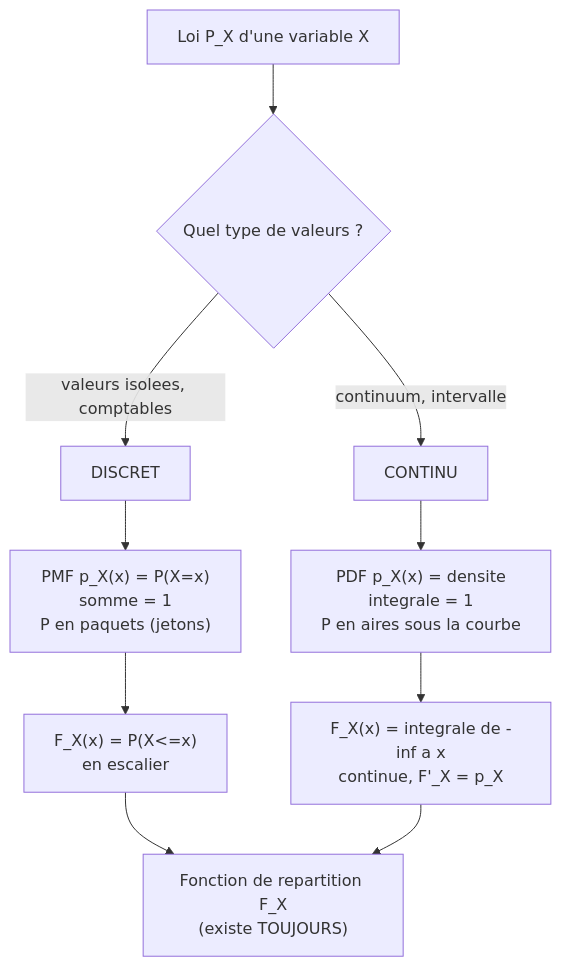
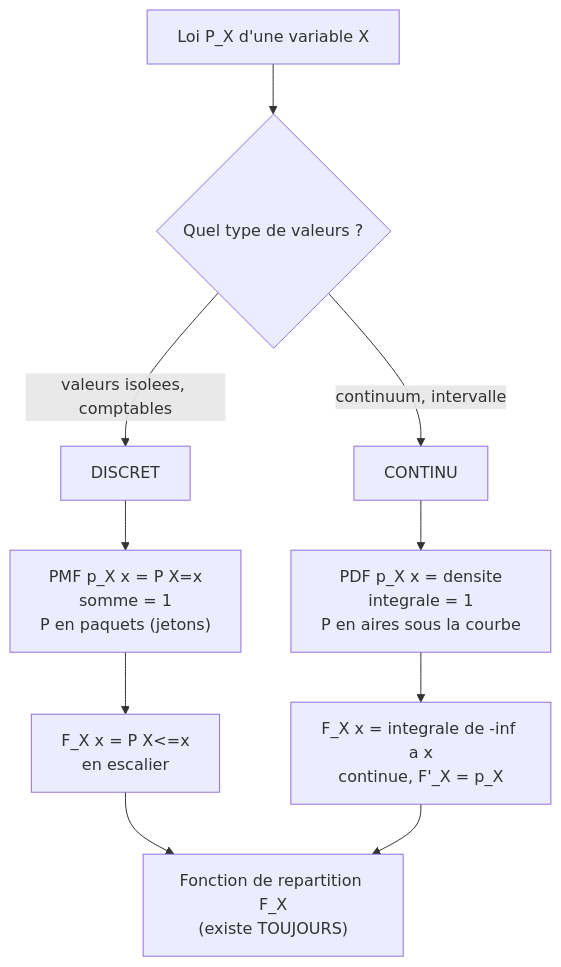
Before and after one commit to tanguychenier/Mathematiques-pour-le-Machine-Learning: the diagram in chapitres/06-probabilites-et-distributions.md, drawn with Mermaid. The commit also changed 6 other files, not shown here.

Commit message:
fix: repair Mermaid diagrams (drop function-call parens and asterisks from labels)

````diff
--- a/chapitres/06-probabilites-et-distributions.md
+++ b/chapitres/06-probabilites-et-distributions.md
@@ -221,12 +221,12 @@
 ```mermaid
 graph TD
     A["Loi P_X d'une variable X"] --> B{"Quel type de valeurs ?"}
     B -->|"valeurs isolees, comptables"| C["DISCRET"]
     B -->|"continuum, intervalle"| D["CONTINU"]
-    C --> E["PMF p_X(x) = P(X=x)<br/>somme = 1<br/>P en paquets (jetons)"]
-    D --> F["PDF p_X(x) = densite<br/>integrale = 1<br/>P en aires sous la courbe"]
-    E --> G["F_X(x) = P(X<=x)<br/>en escalier"]
-    F --> H["F_X(x) = integrale de -inf a x<br/>continue, F'_X = p_X"]
+    C --> E["PMF p_X x = P X=x<br/>somme = 1<br/>P en paquets (jetons)"]
+    D --> F["PDF p_X x = densite<br/>integrale = 1<br/>P en aires sous la courbe"]
+    E --> G["F_X x = P X<=x<br/>en escalier"]
+    F --> H["F_X x = integrale de -inf a x<br/>continue, F'_X = p_X"]
     G --> I["Fonction de repartition F_X<br/>(existe TOUJOURS)"]
     H --> I
 ```
````
